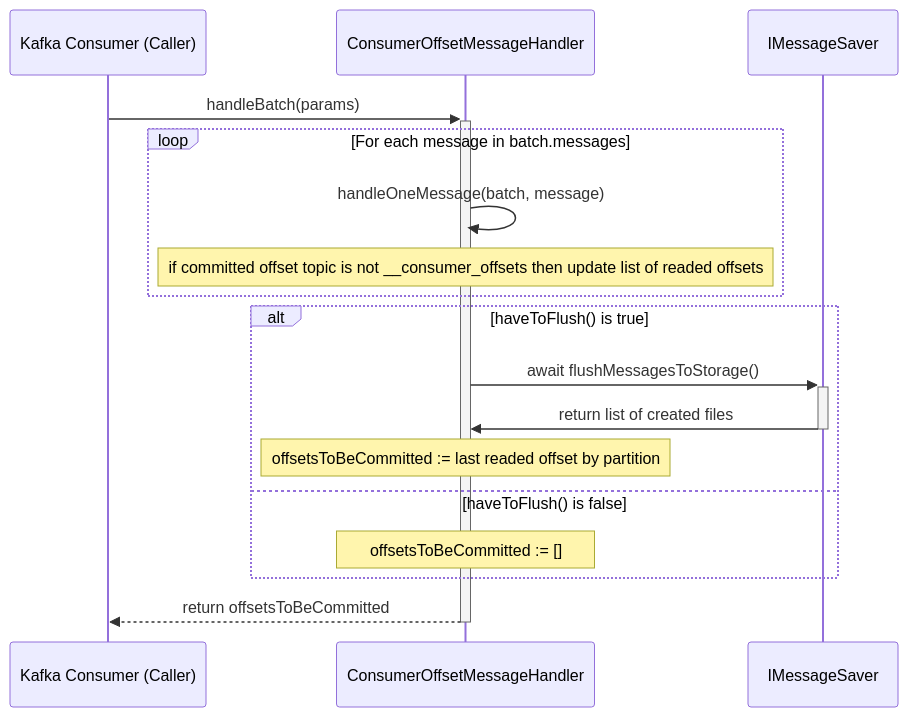
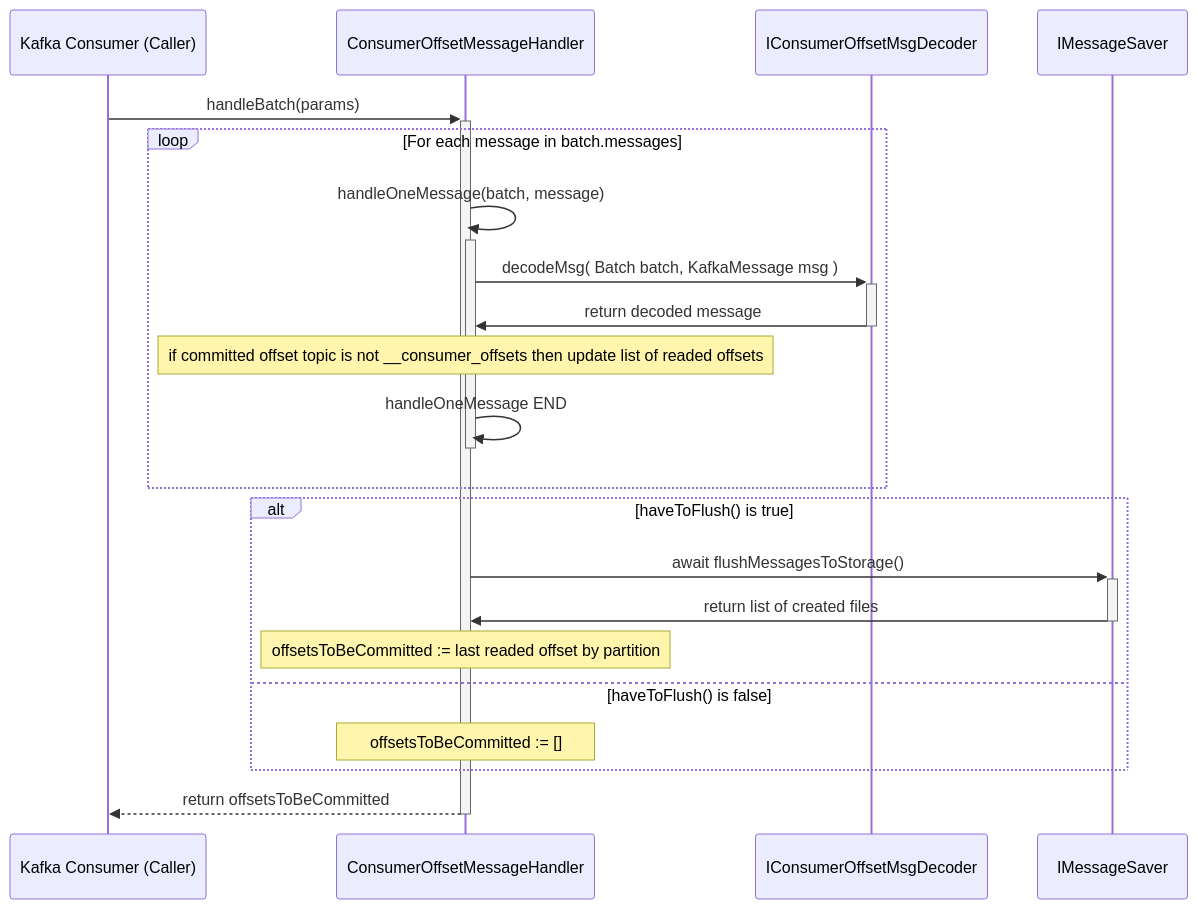
The second of 2 diagrams in apps/dump-kafka-consumer_offsets-topic/src/design.md (pagopa/interop-infra-commons), drawn with Mermaid before and after one commit.

Commit message:
update diagrams

````diff
--- a/apps/dump-kafka-consumer_offsets-topic/src/design.md
+++ b/apps/dump-kafka-consumer_offsets-topic/src/design.md
@@ -46,23 +46,27 @@
 ```mermaid
 sequenceDiagram
     participant Caller as Kafka Consumer (Caller)
     participant Handler as ConsumerOffsetMessageHandler
+    participant Decoder as IConsumerOffsetMsgDecoder
     participant Saver as IMessageSaver
 
     Caller->>+Handler: handleBatch(params)
     
     loop For each message in batch.messages
-        Handler->>Handler: handleOneMessage(batch, message)
+        Handler->>+Handler: handleOneMessage(batch, message)
+        Handler->>+Decoder: decodeMsg( Batch batch, KafkaMessage msg )
+        Decoder->>-Handler: return decoded message
         Note over Handler: if committed offset topic is not __consumer_offsets then update list of readed offsets
+        Handler->>-Handler: handleOneMessage END
     end
 
     alt haveToFlush() is true
         Handler->>+Saver: await flushMessagesToStorage()
         Saver->>-Handler: return list of created files
         Note over Handler: offsetsToBeCommitted := last readed offset by partition
     else haveToFlush() is false
         Note over Handler: offsetsToBeCommitted := []
     end
 
     Handler-->>-Caller: return offsetsToBeCommitted
 ```
````
